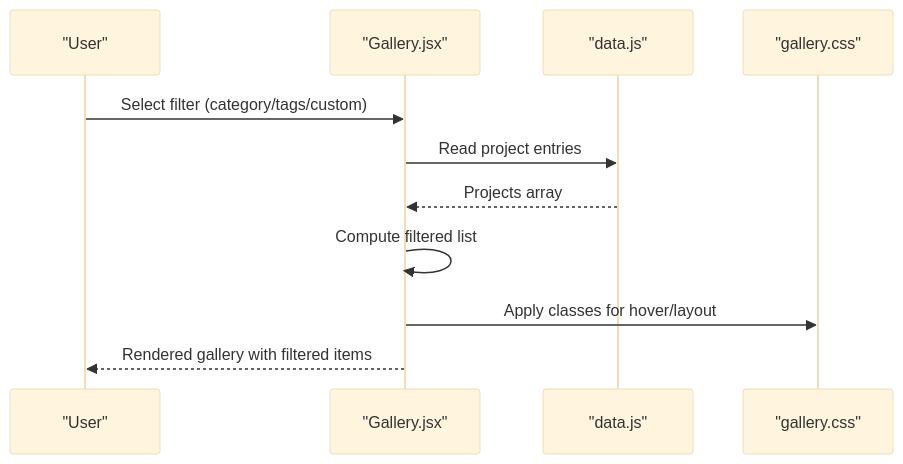
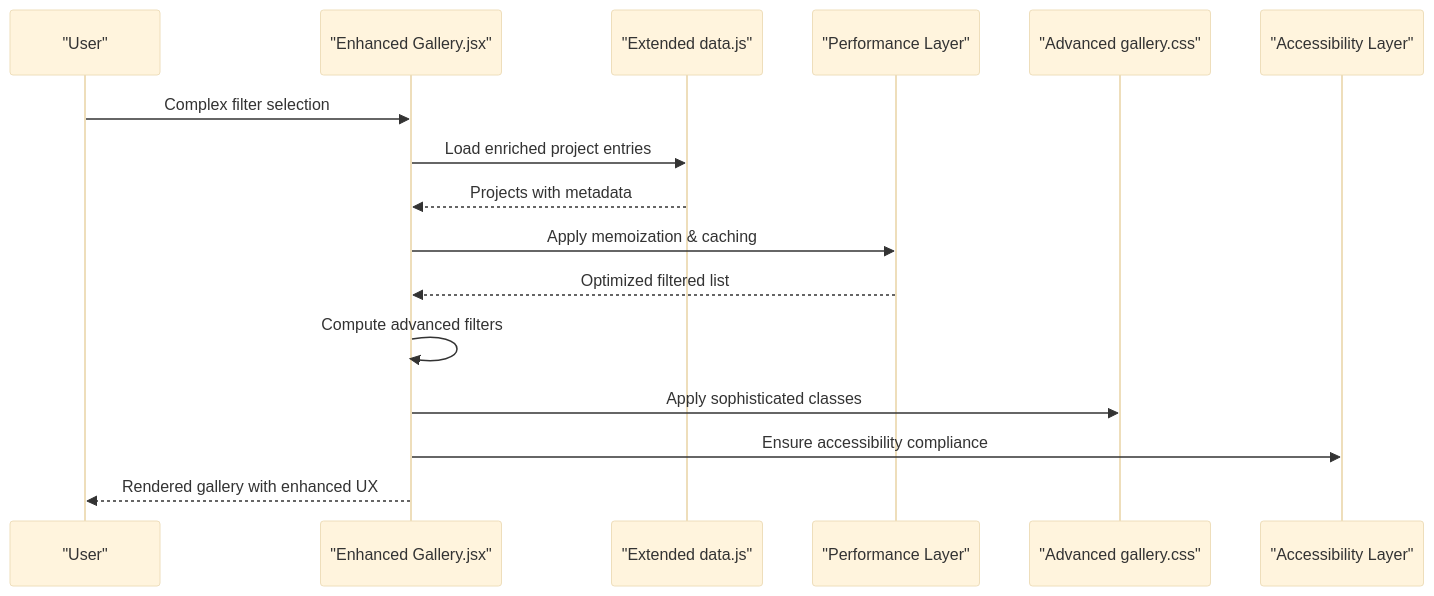
The second of 4 diagrams in .qoder/repowiki/en/content/Component Architecture/Landing Page Components/Gallery Components.md (Theja4/podiummomentum), drawn with Mermaid (base theme) before and after one commit. The commit also changed other lines of this file and 24 other files, not shown here.

````diff
--- a/.qoder/repowiki/en/content/Component Architecture/Landing Page Components/Gallery Components.md
+++ b/.qoder/repowiki/en/content/Component Architecture/Landing Page Components/Gallery Components.md
@@ -74,13 +94,18 @@
 ```mermaid
 sequenceDiagram
 participant User as "User"
-participant Comp as "Gallery.jsx"
-participant Data as "data.js"
-participant CSS as "gallery.css"
-User->>Comp : Select filter (category/tags/custom)
-Comp->>Data : Read project entries
-Data-->>Comp : Projects array
-Comp->>Comp : Compute filtered list
-Comp->>CSS : Apply classes for hover/layout
-Comp-->>User : Rendered gallery with filtered items
+participant Comp as "Enhanced Gallery.jsx"
+participant Data as "Extended data.js"
+participant Perf as "Performance Layer"
+participant CSS as "Advanced gallery.css"
+participant A11y as "Accessibility Layer"
+User->>Comp : Complex filter selection
+Comp->>Data : Load enriched project entries
+Data-->>Comp : Projects with metadata
+Comp->>Perf : Apply memoization & caching
+Perf-->>Comp : Optimized filtered list
+Comp->>Comp : Compute advanced filters
+Comp->>CSS : Apply sophisticated classes
+Comp->>A11y : Ensure accessibility compliance
+Comp-->>User : Rendered gallery with enhanced UX
 ```
````
